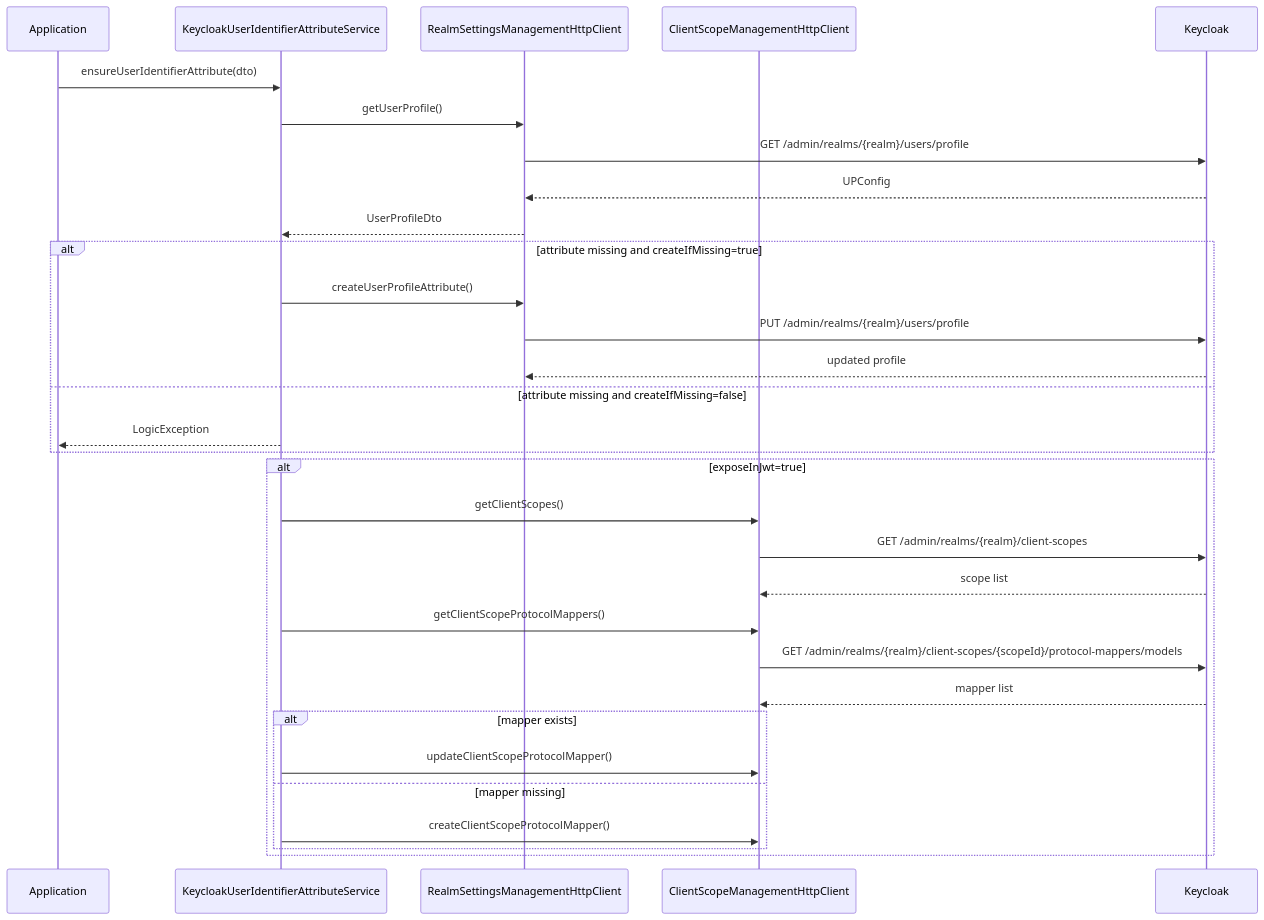
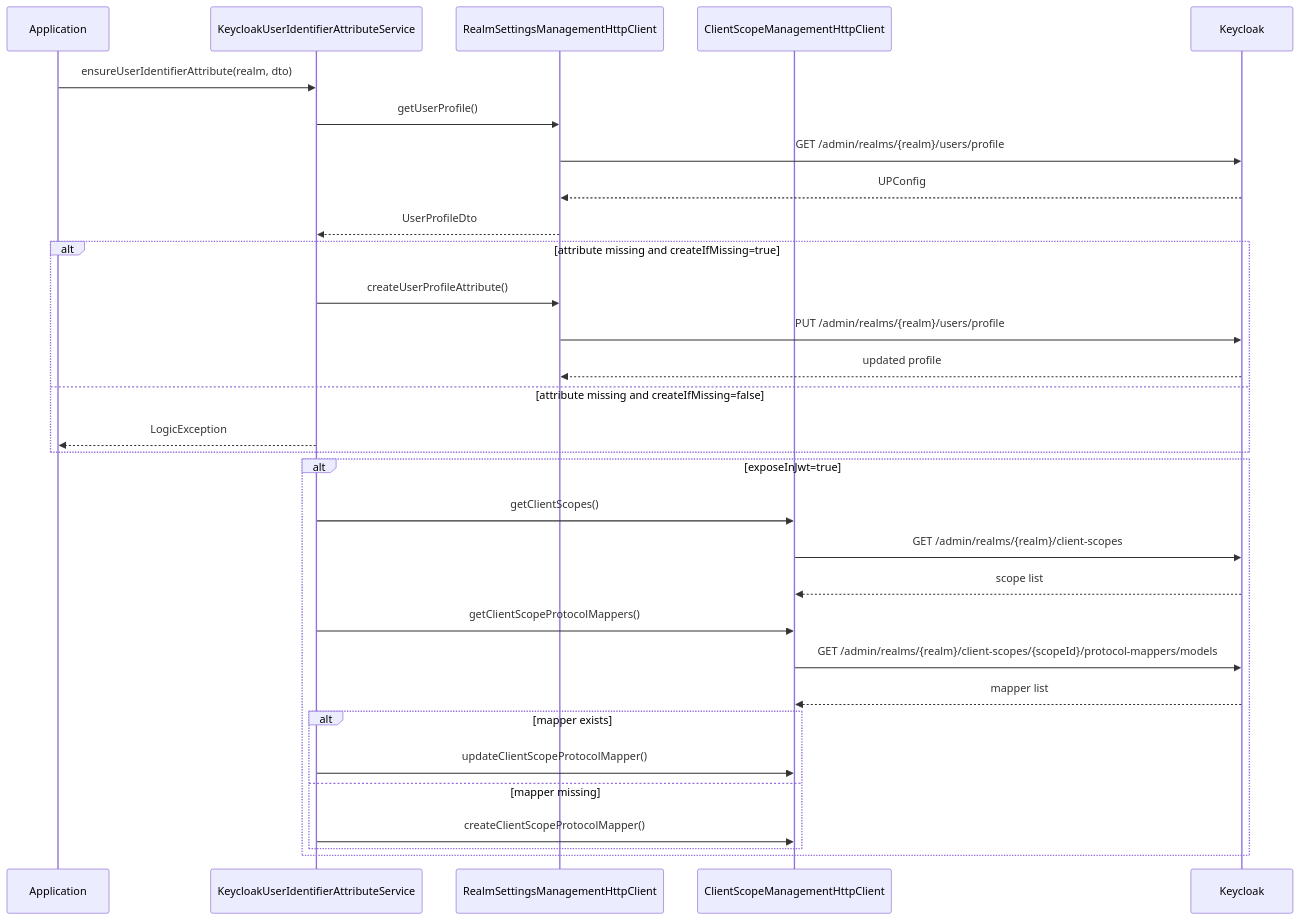
Before and after one commit to apacheborys/keycloak-php-client: the first of 2 diagrams in docs/user-profile-attributes.md, drawn with Mermaid. The commit also changed other lines of this file and 7 other files, not shown here.

Commit message:
12: simplify ensureUserIdentifierAttribute parameter for first parameter

````diff
--- a/docs/user-profile-attributes.md
+++ b/docs/user-profile-attributes.md
@@ -51,36 +51,36 @@
 ```mermaid
 sequenceDiagram
     participant App as Application
     participant Service as KeycloakUserIdentifierAttributeService
     participant Realm as RealmSettingsManagementHttpClient
     participant Scope as ClientScopeManagementHttpClient
     participant KC as Keycloak
 
-    App->>Service: ensureUserIdentifierAttribute(dto)
+    App->>Service: ensureUserIdentifierAttribute(realm, dto)
     Service->>Realm: getUserProfile()
     Realm->>KC: GET /admin/realms/{realm}/users/profile
     KC-->>Realm: UPConfig
     Realm-->>Service: UserProfileDto
 
     alt attribute missing and createIfMissing=true
         Service->>Realm: createUserProfileAttribute()
         Realm->>KC: PUT /admin/realms/{realm}/users/profile
         KC-->>Realm: updated profile
     else attribute missing and createIfMissing=false
         Service-->>App: LogicException
     end
 
     alt exposeInJwt=true
         Service->>Scope: getClientScopes()
         Scope->>KC: GET /admin/realms/{realm}/client-scopes
         KC-->>Scope: scope list
         Service->>Scope: getClientScopeProtocolMappers()
         Scope->>KC: GET /admin/realms/{realm}/client-scopes/{scopeId}/protocol-mappers/models
         KC-->>Scope: mapper list
         alt mapper exists
             Service->>Scope: updateClientScopeProtocolMapper()
         else mapper missing
             Service->>Scope: createClientScopeProtocolMapper()
         end
     end
 ```
````
